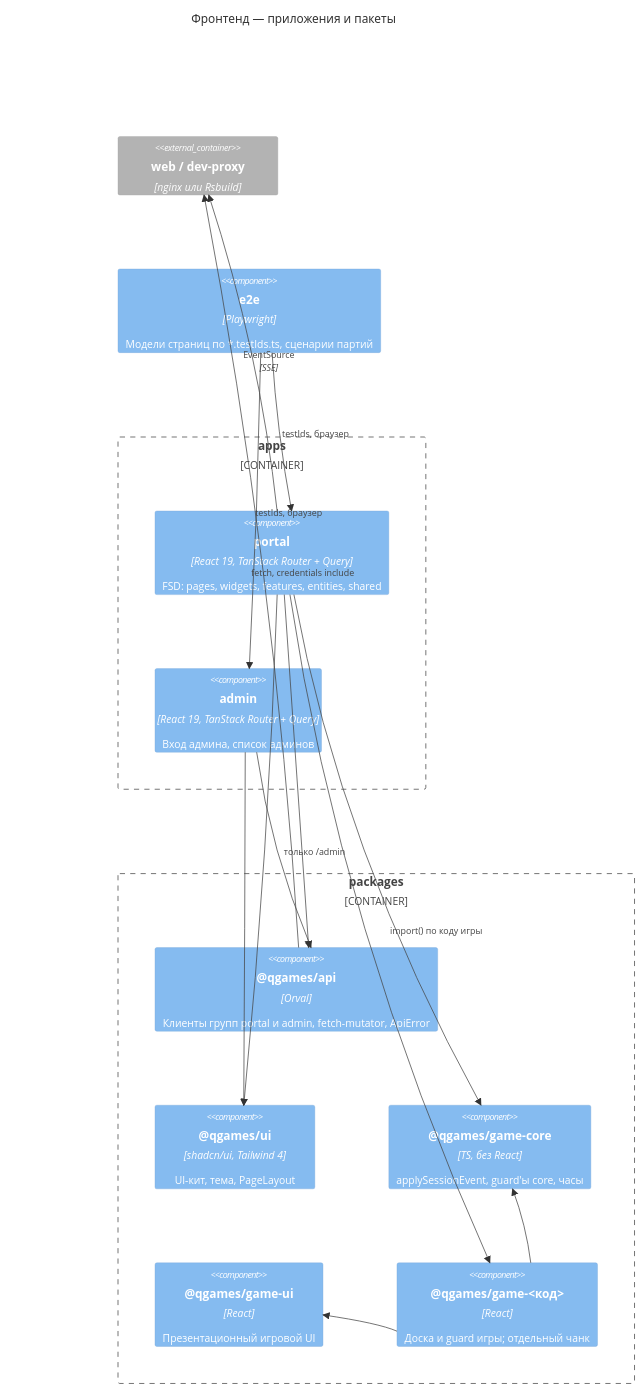
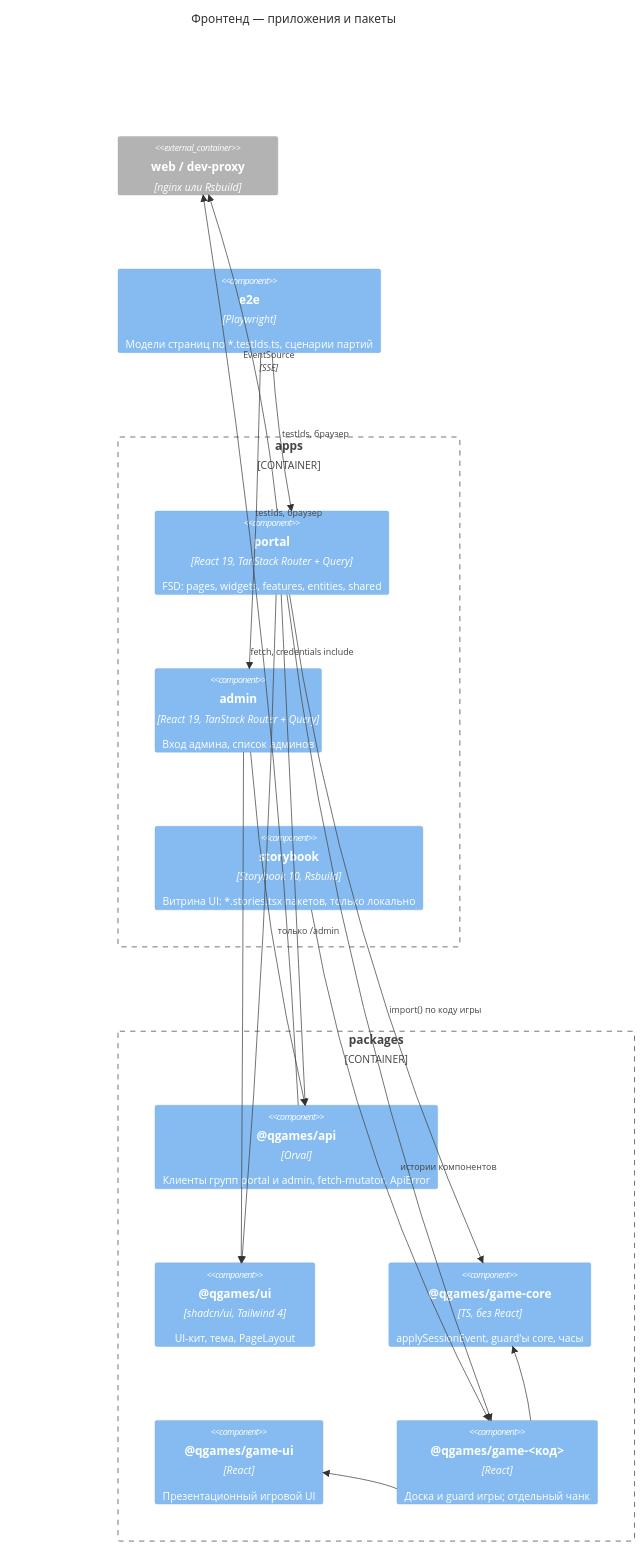
Before and after one commit to qwe3qwe3lott/qgames-workspace: the diagram in adr/c4/3-frontend.md, drawn with Mermaid. The commit also changed other lines of this file and 4 other files, not shown here.

````diff
--- a/adr/c4/3-frontend.md
+++ b/adr/c4/3-frontend.md
@@ -5,34 +5,36 @@
 ```mermaid
 C4Component
   title Фронтенд — приложения и пакеты
 
   Container_Ext(web, "web / dev-proxy", "nginx или Rsbuild")
 
   Container_Boundary(apps, "apps") {
     Component(portal, "portal", "React 19, TanStack Router + Query", "FSD: pages, widgets, features, entities, shared")
     Component(admin, "admin", "React 19, TanStack Router + Query", "Вход админа, список админов")
+    Component(storybook, "storybook", "Storybook 10, Rsbuild", "Витрина UI: *.stories.tsx пакетов, только локально")
   }
   Container_Boundary(pkgs, "packages") {
     Component(api, "@qgames/api", "Orval", "Клиенты групп portal и admin, fetch-mutator, ApiError")
     Component(ui, "@qgames/ui", "shadcn/ui, Tailwind 4", "UI-кит, тема, PageLayout")
     Component(gcore, "@qgames/game-core", "TS, без React", "applySessionEvent, guard'ы core, часы")
     Component(gui, "@qgames/game-ui", "React", "Презентационный игровой UI")
     Component(games, "@qgames/game-<код>", "React", "Доска и guard игры; отдельный чанк")
   }
   Component(e2e, "e2e", "Playwright", "Модели страниц по *.testIds.ts, сценарии партий")
 
   Rel(portal, api, "")
   Rel(admin, api, "только /admin")
   Rel(portal, ui, "")
   Rel(admin, ui, "")
   Rel(portal, gcore, "")
   Rel(portal, games, "import() по коду игры")
   Rel(games, gui, "")
+  Rel(storybook, games, "истории компонентов")
   Rel(games, gcore, "")
   Rel(api, web, "fetch, credentials include")
   Rel(portal, web, "EventSource", "SSE")
   Rel(e2e, portal, "testIds, браузер")
   Rel(e2e, admin, "testIds, браузер")
 
   UpdateLayoutConfig($c4ShapeInRow="5", $c4BoundaryInRow="1")
 ```
````
